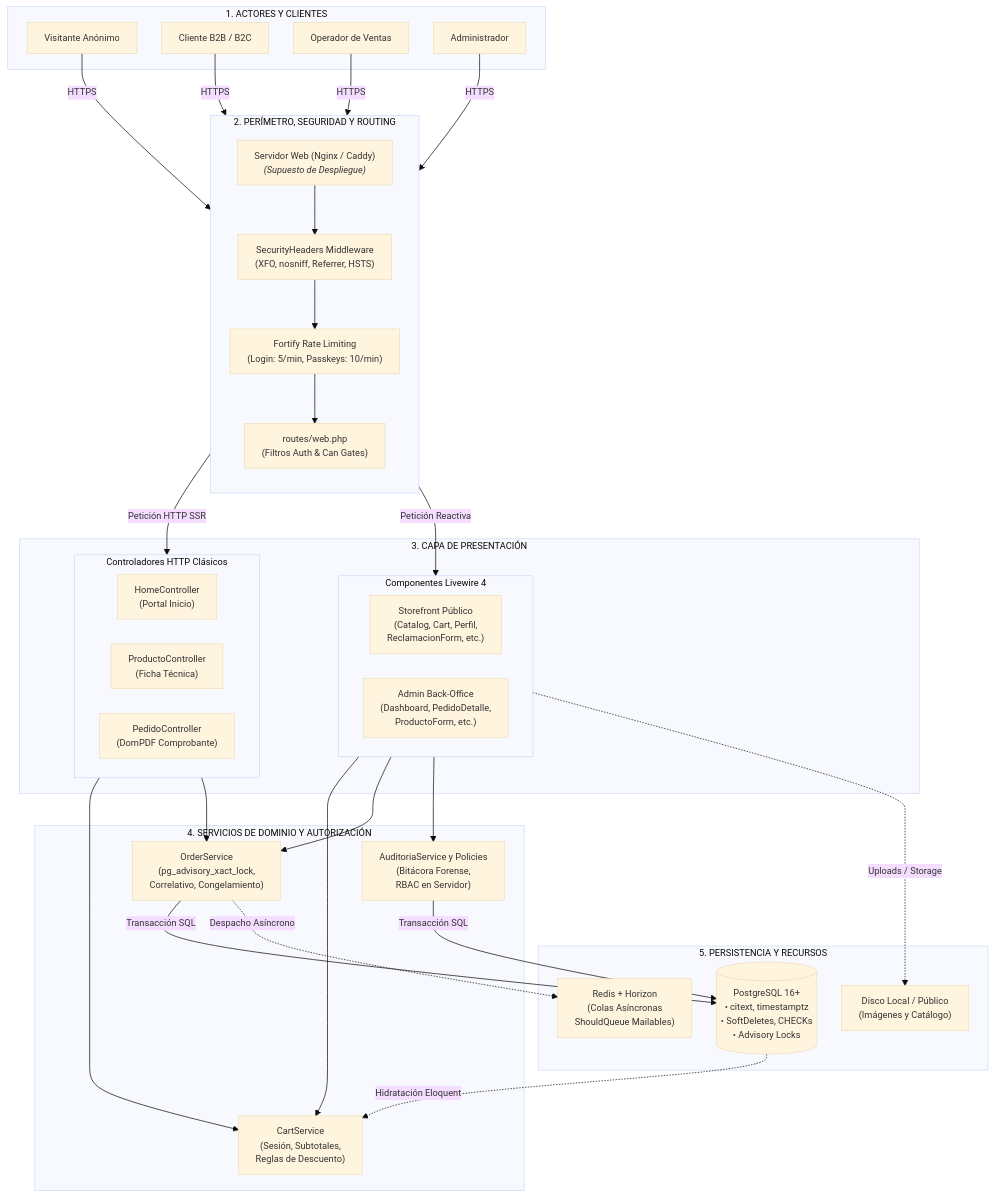
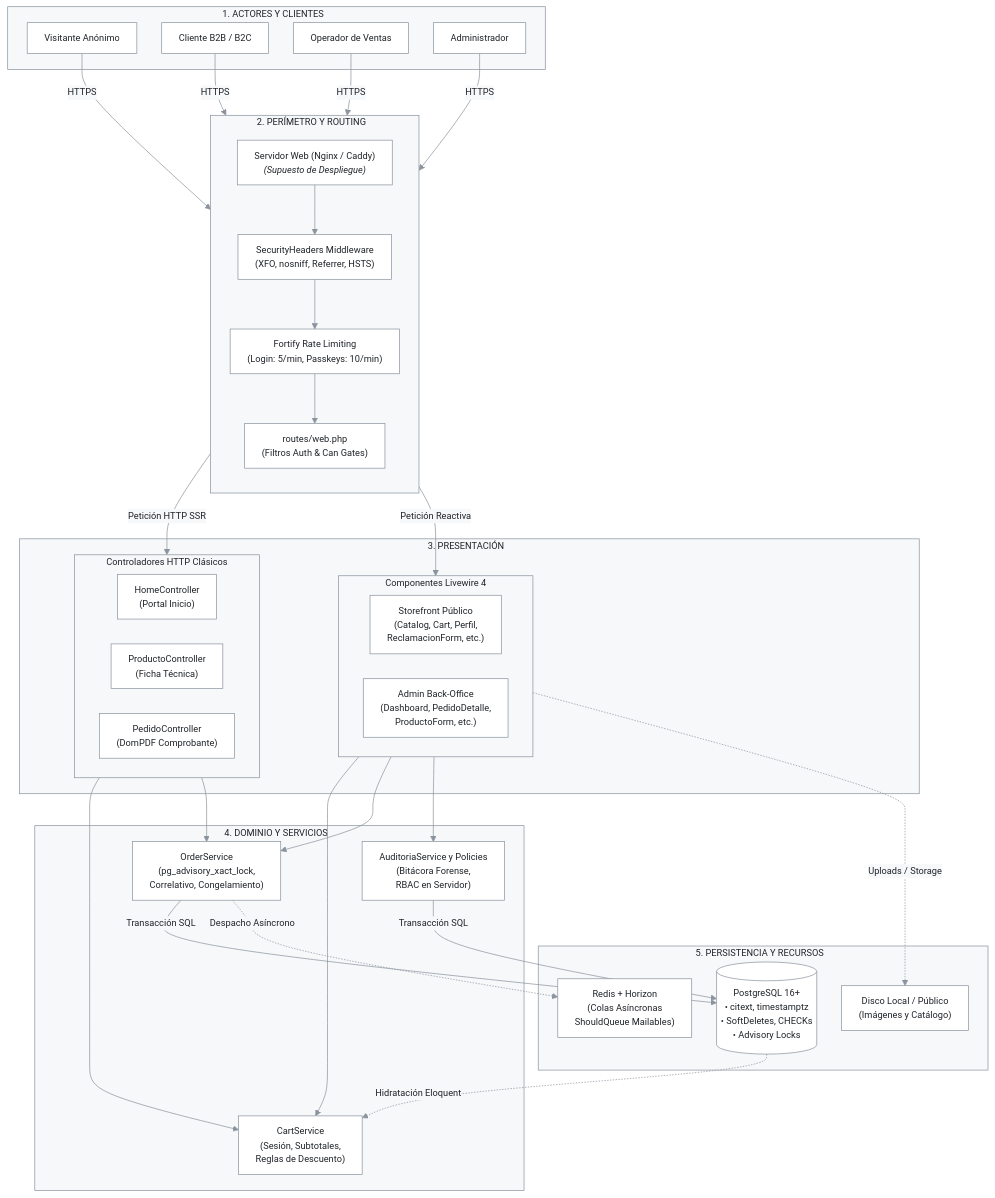
Before and after one commit to Ipolari2645/prueba: the first of 3 diagrams in 01-arquitectura/topologia-y-patron.md, drawn with Mermaid. The commit also changed other lines of this file and 4 other files, not shown here.

````diff
--- a/01-arquitectura/topologia-y-patron.md
+++ b/01-arquitectura/topologia-y-patron.md
@@ -15,53 +15,53 @@
 ```mermaid
-%%{init: {"theme":"base","themeVariables":{"fontFamily":"Arial, Helvetica, sans-serif","fontSize":"13px"},"flowchart":{"htmlLabels":true,"padding":12,"wrappingWidth":220,"nodeSpacing":35,"rankSpacing":45}}}%%
+%%{init: {"theme":"base","themeVariables":{"fontFamily":"Arial, Helvetica, sans-serif","fontSize":"13px","lineColor":"#8b949e","arrowheadColor":"#8b949e","primaryColor":"#ffffff","primaryTextColor":"#1f2328","primaryBorderColor":"#8b949e","clusterBkg":"#f6f8fa","clusterBorder":"#8b949e","titleColor":"#1f2328","edgeLabelBackground":"#f6f8fa","tertiaryTextColor":"#1f2328"},"flowchart":{"htmlLabels":true,"padding":12,"wrappingWidth":210,"nodeSpacing":35,"rankSpacing":45}}}%%
 flowchart TD
-    subgraph L1["1. ACTORES Y CLIENTES"]
+    subgraph L1["1. ACTORES Y CLIENTES&nbsp;&nbsp;&nbsp;"]
         U_ANON["Visitante Anónimo"]
         U_CLI["Cliente B2B / B2C"]
         U_OP["Operador de Ventas"]
         U_ADM["Administrador"]
     end
 
-    subgraph L2["2. PERÍMETRO, SEGURIDAD Y ROUTING"]
+    subgraph L2["2. PERÍMETRO Y ROUTING&nbsp;&nbsp;&nbsp;"]
         direction TB
         NGINX["Servidor Web (Nginx / Caddy)<br/><i>(Supuesto de Despliegue)</i>"]
         SEC_H["SecurityHeaders Middleware<br/>(XFO, nosniff, Referrer, HSTS)"]
         FORT_RL["Fortify Rate Limiting<br/>(Login: 5/min, Passkeys: 10/min)"]
         ROUTES["routes/web.php<br/>(Filtros Auth & Can Gates)"]
         NGINX --> SEC_H --> FORT_RL --> ROUTES
     end
 
-    subgraph L3["3. CAPA DE PRESENTACIÓN"]
+    subgraph L3["3. PRESENTACIÓN&nbsp;&nbsp;&nbsp;"]
         subgraph L3A["Controladores HTTP Clásicos"]
             HC["HomeController<br/>(Portal Inicio)"]
             PC["ProductoController<br/>(Ficha Técnica)"]
             PEDC["PedidoController<br/>(DomPDF Comprobante)"]
         end
         subgraph L3B["Componentes Livewire 4"]
             LW_PUB["Storefront Público<br/>(Catalog, Cart, Perfil,<br/>ReclamacionForm, etc.)"]
             LW_ADM["Admin Back-Office<br/>(Dashboard, PedidoDetalle,<br/>ProductoForm, etc.)"]
         end
     end
 
-    subgraph L4["4. SERVICIOS DE DOMINIO Y AUTORIZACIÓN"]
+    subgraph L4["4. DOMINIO Y SERVICIOS&nbsp;&nbsp;&nbsp;"]
         CS["CartService<br/>(Sesión, Subtotales,<br/>Reglas de Descuento)"]
         OS["OrderService<br/>(pg_advisory_xact_lock,<br/>Correlativo, Congelamiento)"]
         AUD_POL["AuditoriaService y Policies<br/>(Bitácora Forense,<br/>RBAC en Servidor)"]
     end
 
-    subgraph L5["5. PERSISTENCIA Y RECURSOS"]
+    subgraph L5["5. PERSISTENCIA Y RECURSOS&nbsp;&nbsp;&nbsp;"]
         PG[("PostgreSQL 16+<br/>• citext, timestamptz<br/>• SoftDeletes, CHECKs<br/>• Advisory Locks")]
         HORIZON["Redis + Horizon<br/>(Colas Asíncronas<br/>ShouldQueue Mailables)"]
         STOR["Disco Local / Público<br/>(Imágenes y Catálogo)"]
     end
 
     U_ANON & U_CLI & U_OP & U_ADM -->|"HTTPS"| NGINX
     ROUTES -->|"Petición HTTP SSR"| L3A
     ROUTES -->|"Petición Reactiva"| L3B
     L3A --> CS & OS
     L3B --> CS & OS & AUD_POL
     OS & AUD_POL -->|"Transacción SQL"| PG
     OS -.->|"Despacho Asíncrono"| HORIZON
     L3B -.->|"Uploads / Storage"| STOR
     PG -.->|"Hidratación Eloquent"| CS
 ```
````
